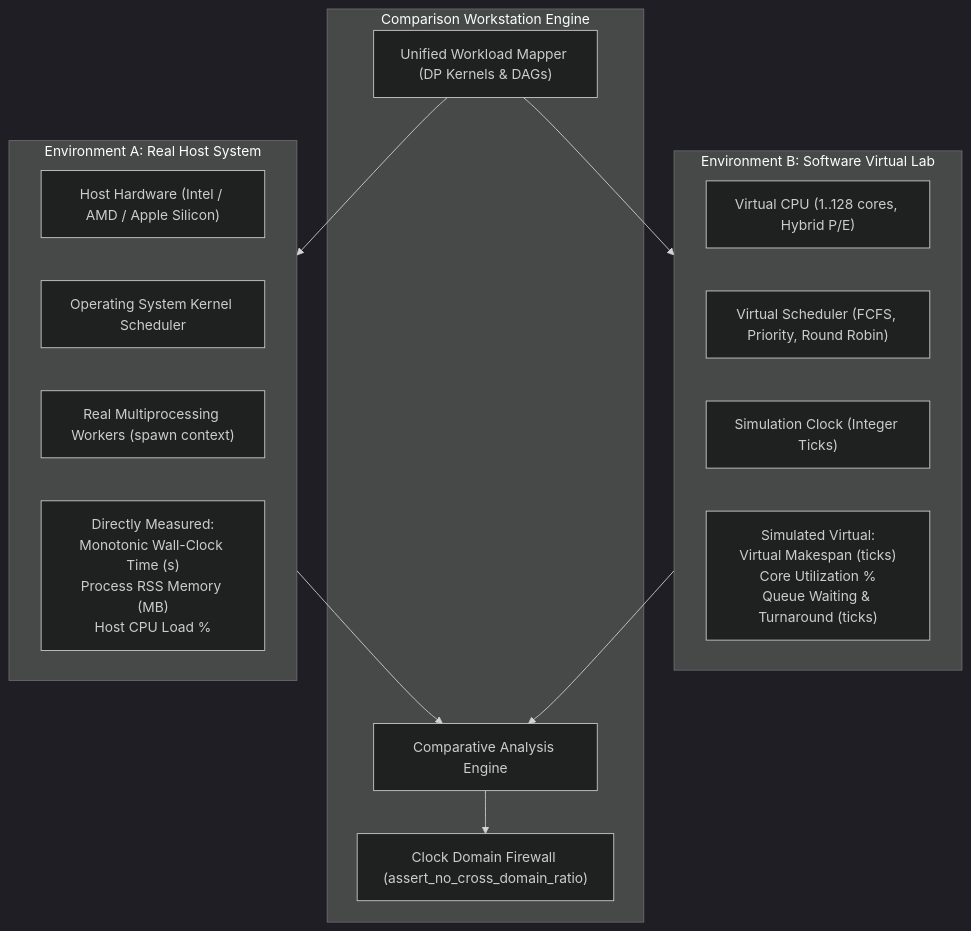
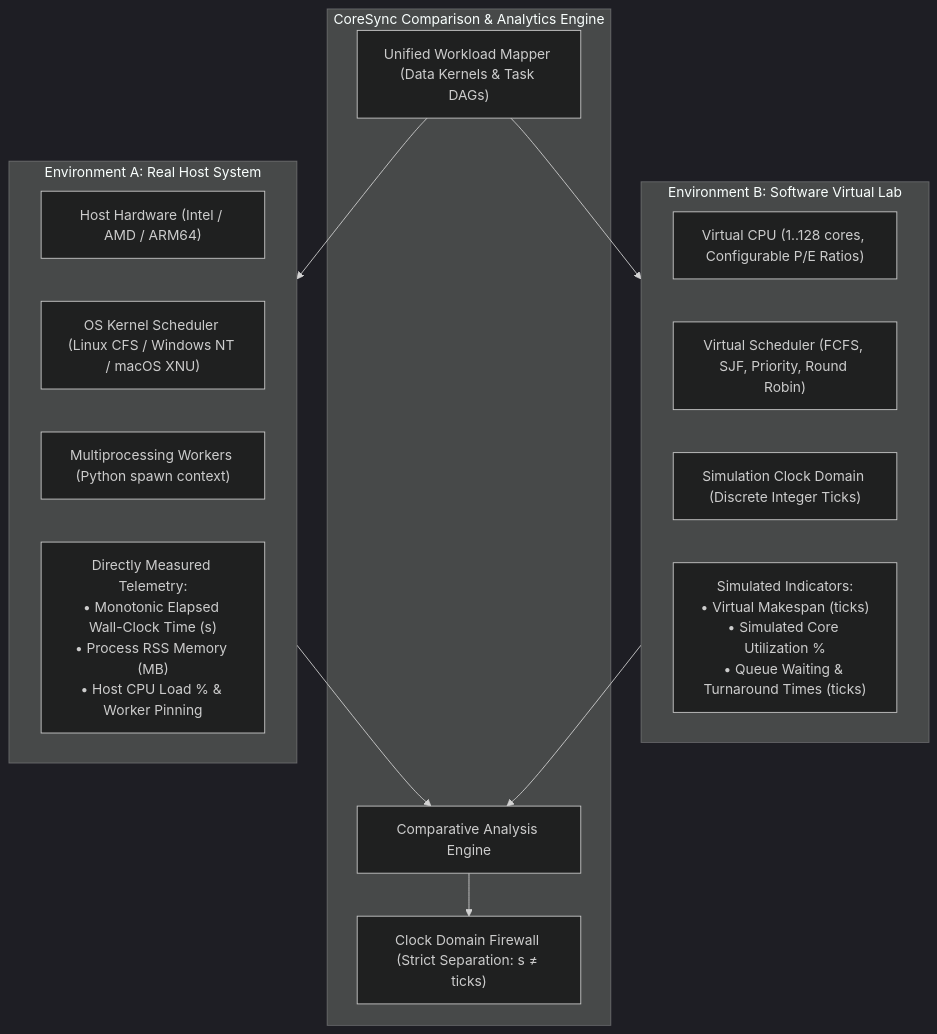
One commit to ankursaini200/CoreSync changed the first of 3 diagrams in README.md. Above: the diagram before and after it, drawn with Mermaid (dark theme). The commit also changed other lines of this file and 25 other files, not shown here.

````diff
--- a/README.md
+++ b/README.md
@@ -17,28 +28,28 @@
 ```mermaid
 flowchart TD
     subgraph REAL["Environment A: Real Host System"]
-        HW["Host Hardware (Intel / AMD / Apple Silicon)"]
-        OS["Operating System Kernel Scheduler"]
-        PROCS["Real Multiprocessing Workers (spawn context)"]
-        M_REAL["Directly Measured:<br/>Monotonic Wall-Clock Time (s)<br/>Process RSS Memory (MB)<br/>Host CPU Load %"]
+        HW["Host Hardware (Intel / AMD / ARM64)"]
+        OS["OS Kernel Scheduler (Linux CFS / Windows NT / macOS XNU)"]
+        PROCS["Multiprocessing Workers (Python spawn context)"]
+        M_REAL["Directly Measured Telemetry:<br/>• Monotonic Elapsed Wall-Clock Time (s)<br/>• Process RSS Memory (MB)<br/>• Host CPU Load % & Worker Pinning"]
     end
 
     subgraph VIRTUAL["Environment B: Software Virtual Lab"]
-        VCPU["Virtual CPU (1..128 cores, Hybrid P/E)"]
-        VSCHED["Virtual Scheduler (FCFS, Priority, Round Robin)"]
-        SIM["Simulation Clock (Integer Ticks)"]
-        M_VIRT["Simulated Virtual:<br/>Virtual Makespan (ticks)<br/>Core Utilization %<br/>Queue Waiting & Turnaround (ticks)"]
+        VCPU["Virtual CPU (1..128 cores, Configurable P/E Ratios)"]
+        VSCHED["Virtual Scheduler (FCFS, SJF, Priority, Round Robin)"]
+        SIM["Simulation Clock Domain (Discrete Integer Ticks)"]
+        M_VIRT["Simulated Indicators:<br/>• Virtual Makespan (ticks)<br/>• Simulated Core Utilization %<br/>• Queue Waiting & Turnaround Times (ticks)"]
     end
 
-    subgraph COMPARISON["Comparison Workstation Engine"]
-        MAPPER["Unified Workload Mapper (DP Kernels & DAGs)"]
+    subgraph WORKSTATION["CoreSync Comparison & Analytics Engine"]
+        MAPPER["Unified Workload Mapper (Data Kernels & Task DAGs)"]
         ANALYZE["Comparative Analysis Engine"]
-        FIREWALL["Clock Domain Firewall (assert_no_cross_domain_ratio)"]
+        FIREWALL["Clock Domain Firewall (Strict Separation: s ≠ ticks)"]
     end
 
     MAPPER --> REAL
     MAPPER --> VIRTUAL
     REAL --> ANALYZE
     VIRTUAL --> ANALYZE
     ANALYZE --> FIREWALL
 ```
````
